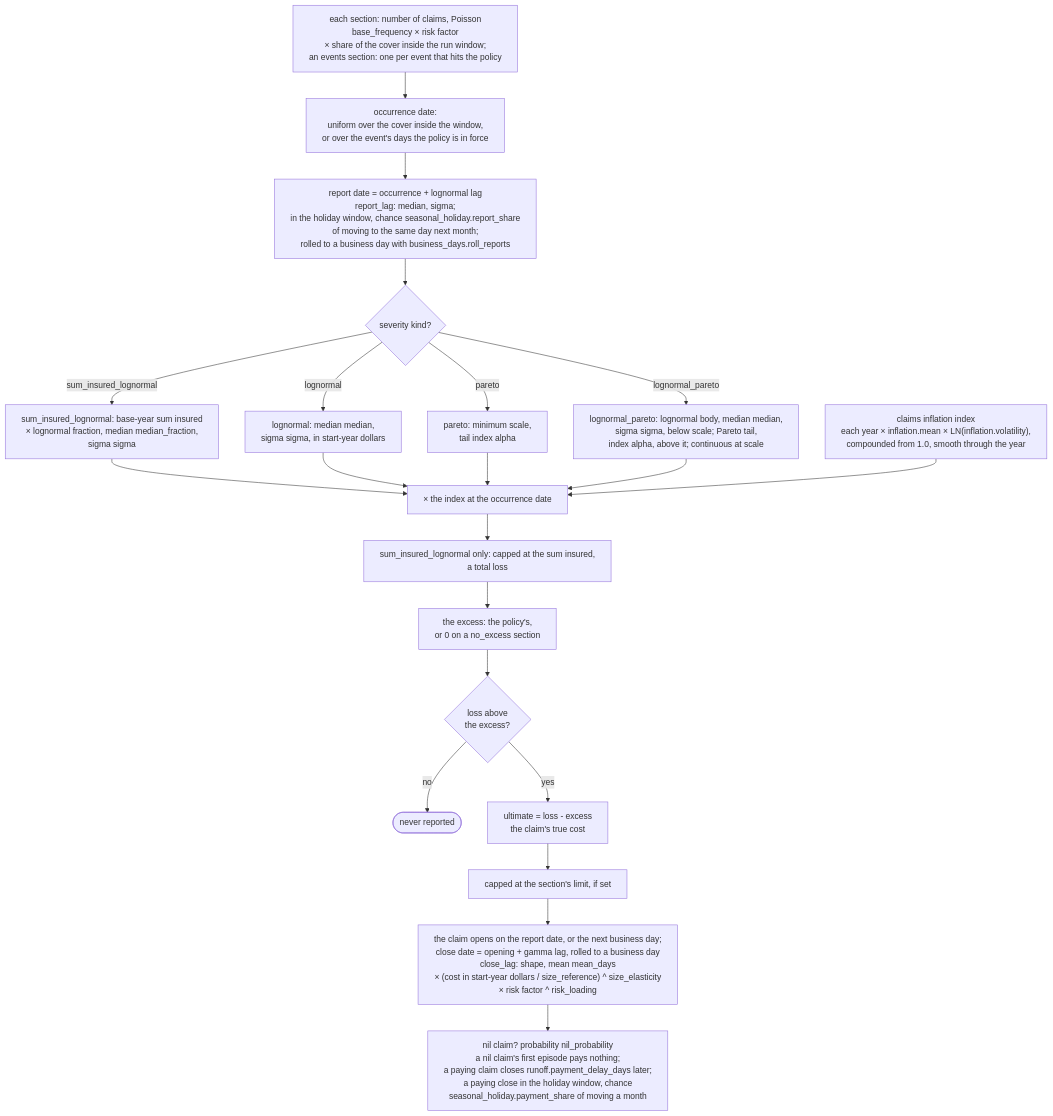
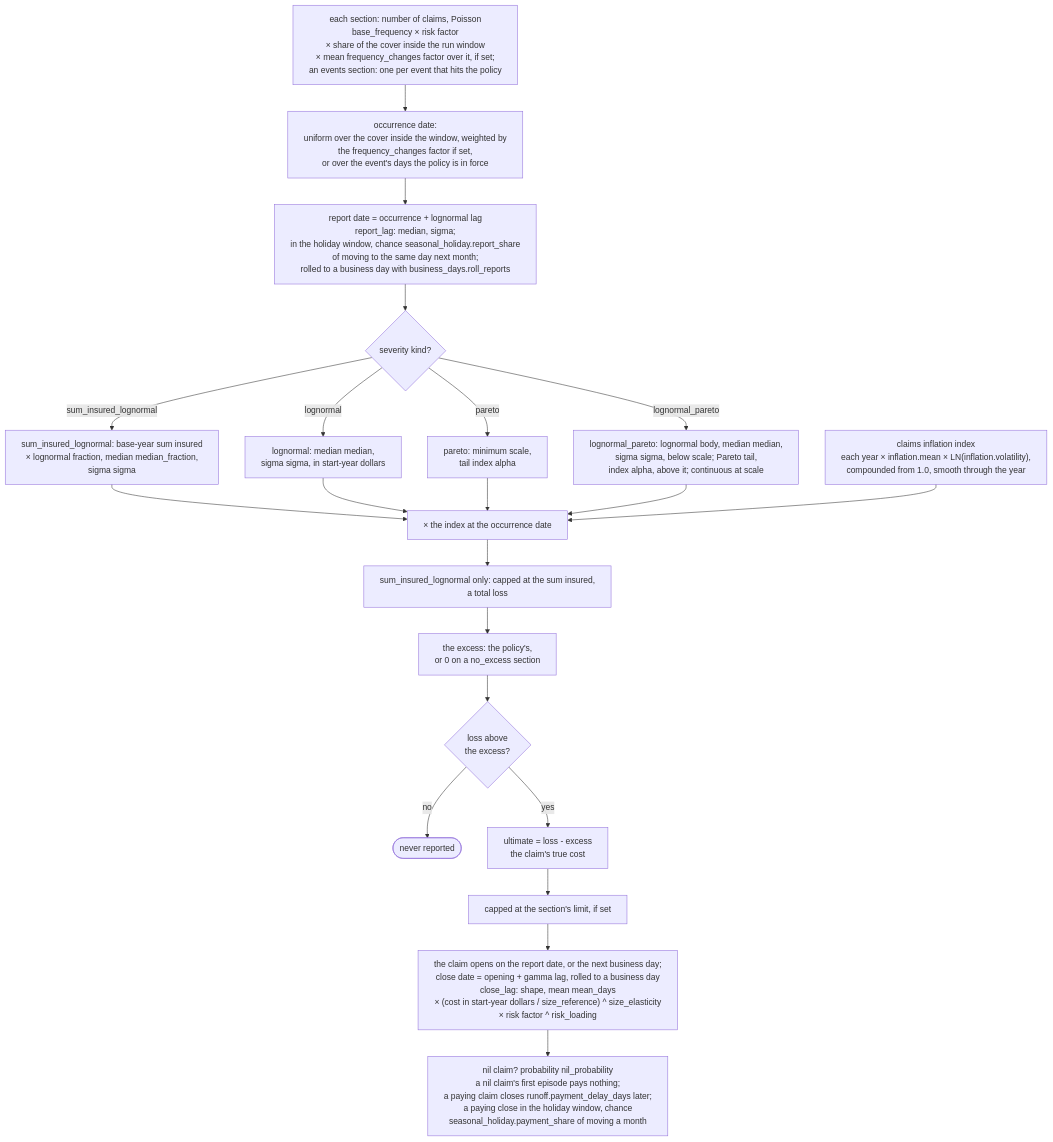
The fourth of 11 diagrams in README.md (le-marais/claims-data-generator), drawn with Mermaid before and after one commit. The commit also changed other lines of this file and 21 other files, not shown here.

First line of the commit message:
Occurrence frequency schedule, section case adequacy, episode export and a motor segmentation demo preset (#43)

````diff
--- a/README.md
+++ b/README.md
@@ -155,35 +160,35 @@
 ```mermaid
 %%{init: {"flowchart": {"wrappingWidth": 480}}}%%
 flowchart TD
-    count["each section: number of claims, Poisson<br/>base_frequency × risk factor<br/>× share of the cover inside the run window;<br/>an events section: one per event that hits the policy"]
-    occurrence["occurrence date:<br/>uniform over the cover inside the window,<br/>or over the event's days the policy is in force"]
+    count["each section: number of claims, Poisson<br/>base_frequency × risk factor<br/>× share of the cover inside the run window<br/>× mean frequency_changes factor over it, if set;<br/>an events section: one per event that hits the policy"]
+    occurrence["occurrence date:<br/>uniform over the cover inside the window, weighted by<br/>the frequency_changes factor if set,<br/>or over the event's days the policy is in force"]
     report["report date = occurrence + lognormal lag<br/>report_lag: median, sigma;<br/>in the holiday window, chance seasonal_holiday.report_share<br/>of moving to the same day next month;<br/>rolled to a business day with business_days.roll_reports"]
     kind{"severity kind?"}
     siLoss["sum_insured_lognormal: base-year sum insured<br/>× lognormal fraction, median median_fraction,<br/>sigma sigma"]
     lognormalLoss["lognormal: median median,<br/>sigma sigma, in start-year dollars"]
     paretoLoss["pareto: minimum scale,<br/>tail index alpha"]
     splicedLoss["lognormal_pareto: lognormal body, median median,<br/>sigma sigma, below scale; Pareto tail,<br/>index alpha, above it; continuous at scale"]
     index["claims inflation index<br/>each year × inflation.mean × LN(inflation.volatility),<br/>compounded from 1.0, smooth through the year"]
     trended["× the index at the occurrence date"]
     cap["sum_insured_lognormal only: capped at the sum insured,<br/>a total loss"]
     excess["the excess: the policy's,<br/>or 0 on a no_excess section"]
     pierce{"loss above<br/>the excess?"}
     dropped(["never reported"])
     ultimate["ultimate = loss - excess<br/>the claim's true cost"]
     limitCap["capped at the section's limit, if set"]
     closeDate["the claim opens on the report date, or the next business day;<br/>close date = opening + gamma lag, rolled to a business day<br/>close_lag: shape, mean mean_days<br/>× (cost in start-year dollars / size_reference) ^ size_elasticity<br/>× risk factor ^ risk_loading"]
     nilFlag["nil claim? probability nil_probability<br/>a nil claim's first episode pays nothing;<br/>a paying claim closes runoff.payment_delay_days later;<br/>a paying close in the holiday window, chance<br/>seasonal_holiday.payment_share of moving a month"]
     count --> occurrence --> report --> kind
     kind -- "sum_insured_lognormal" --> siLoss
     kind -- "lognormal" --> lognormalLoss
     kind -- "pareto" --> paretoLoss
     kind -- "lognormal_pareto" --> splicedLoss
     siLoss --> trended
     lognormalLoss --> trended
     paretoLoss --> trended
     splicedLoss --> trended
     index --> trended
     trended --> cap --> excess --> pierce
     pierce -- "no" --> dropped
     pierce -- "yes" --> ultimate --> limitCap --> closeDate --> nilFlag
 ```
````
